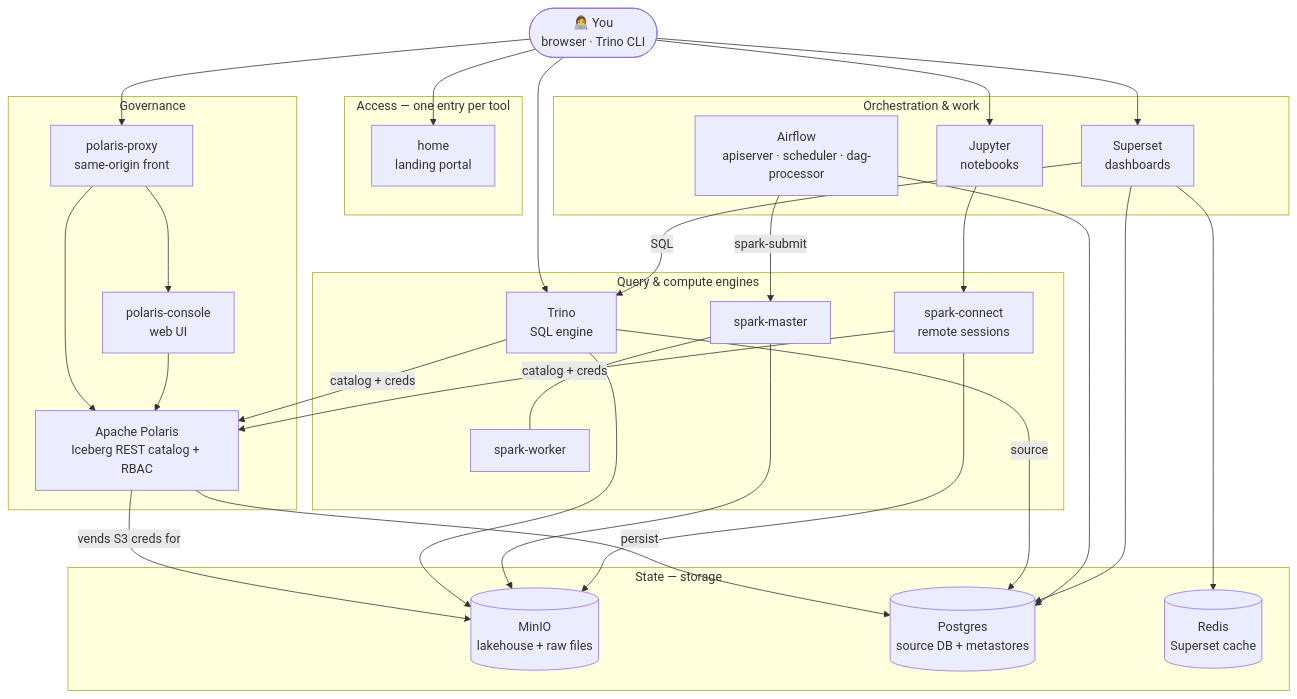
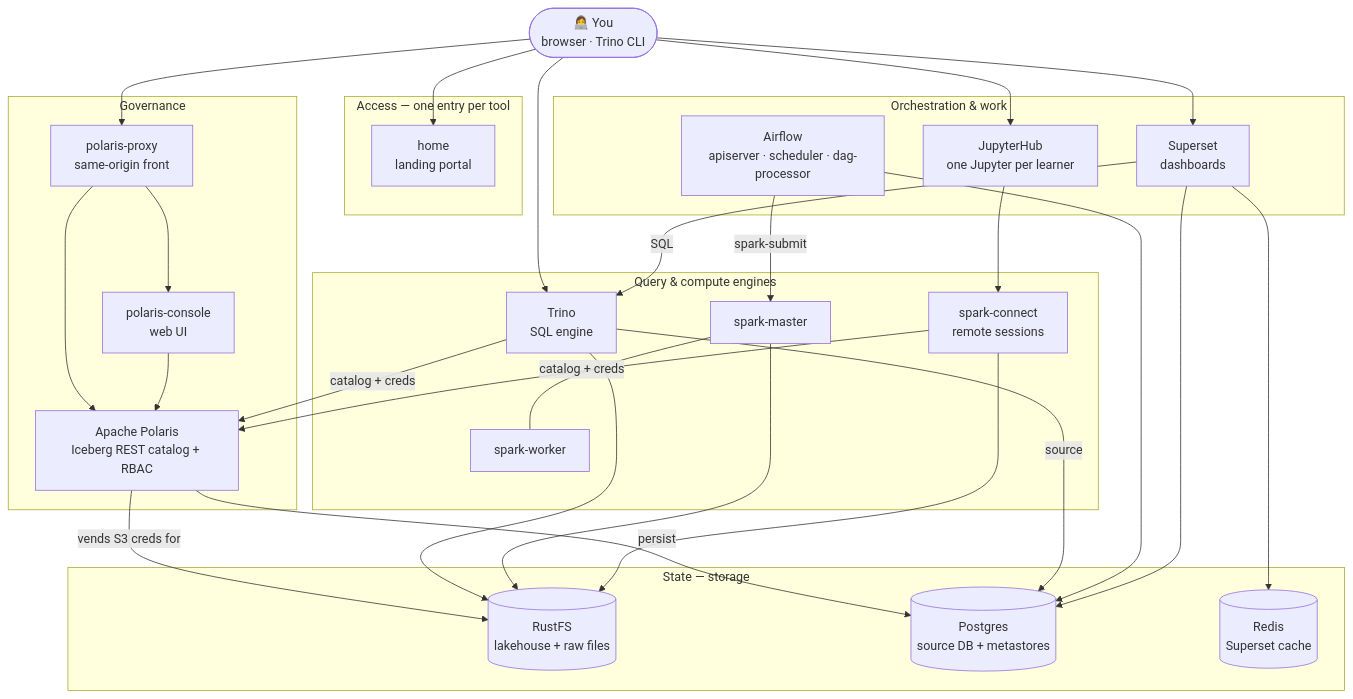
The diagram in training/docs/unit0/stack.md (maarthala/databrick-local-simulator), drawn with Mermaid before and after one commit. The commit also changed other lines of this file and 27 other files, not shown here.

First line of the commit message:
docs: lab account, per-learner workspace and RustFS across the course + READMEs

````diff
--- a/training/docs/unit0/stack.md
+++ b/training/docs/unit0/stack.md
@@ -9,53 +9,53 @@
 ```mermaid
 flowchart TB
   USER([👩‍💻 You<br/>browser · Trino CLI])
 
   subgraph EDGE["Access — one entry per tool"]
     HOME[home<br/>landing portal]
   end
 
   subgraph GOV["Governance"]
     PX[polaris-proxy<br/>same-origin front]
     PC[polaris-console<br/>web UI]
     POL[Apache Polaris<br/>Iceberg REST catalog + RBAC]
     PX --> PC
     PX --> POL
     PC --> POL
   end
 
   subgraph ENG["Query & compute engines"]
     TR[Trino<br/>SQL engine]
     SM[spark-master] --- SW[spark-worker]
     SC[spark-connect<br/>remote sessions]
   end
 
   subgraph ORCH["Orchestration & work"]
     AF[Airflow<br/>apiserver · scheduler · dag-processor]
-    JUP[Jupyter<br/>notebooks]
+    JUP[JupyterHub<br/>one Jupyter per learner]
     SUP[Superset<br/>dashboards]
   end
 
   subgraph DATA["State — storage"]
-    MIN[(MinIO<br/>lakehouse + raw files)]
+    MIN[(RustFS<br/>lakehouse + raw files)]
     PGS[(Postgres<br/>source DB + metastores)]
     RDS[(Redis<br/>Superset cache)]
   end
 
   USER --> HOME
   USER --> TR & SUP & JUP & PX
 
   TR -->|catalog + creds| POL
   SC -->|catalog + creds| POL
   AF -->|spark-submit| SM
   JUP --> SC
   SUP -->|SQL| TR
 
   POL -->|persist| PGS
   POL -->|vends S3 creds for| MIN
   TR --> MIN
   SM --> MIN
   SC --> MIN
   TR -->|source| PGS
   AF --> PGS
   SUP --> PGS & RDS
 ```
````
